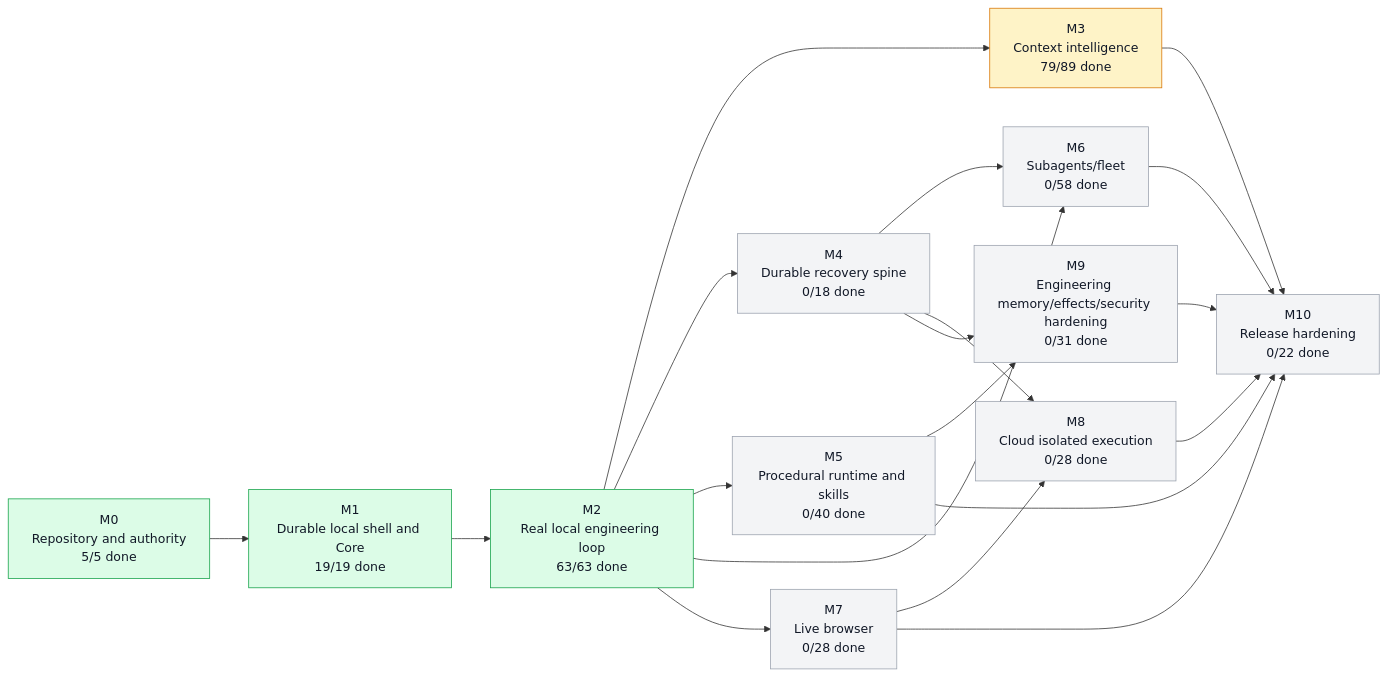
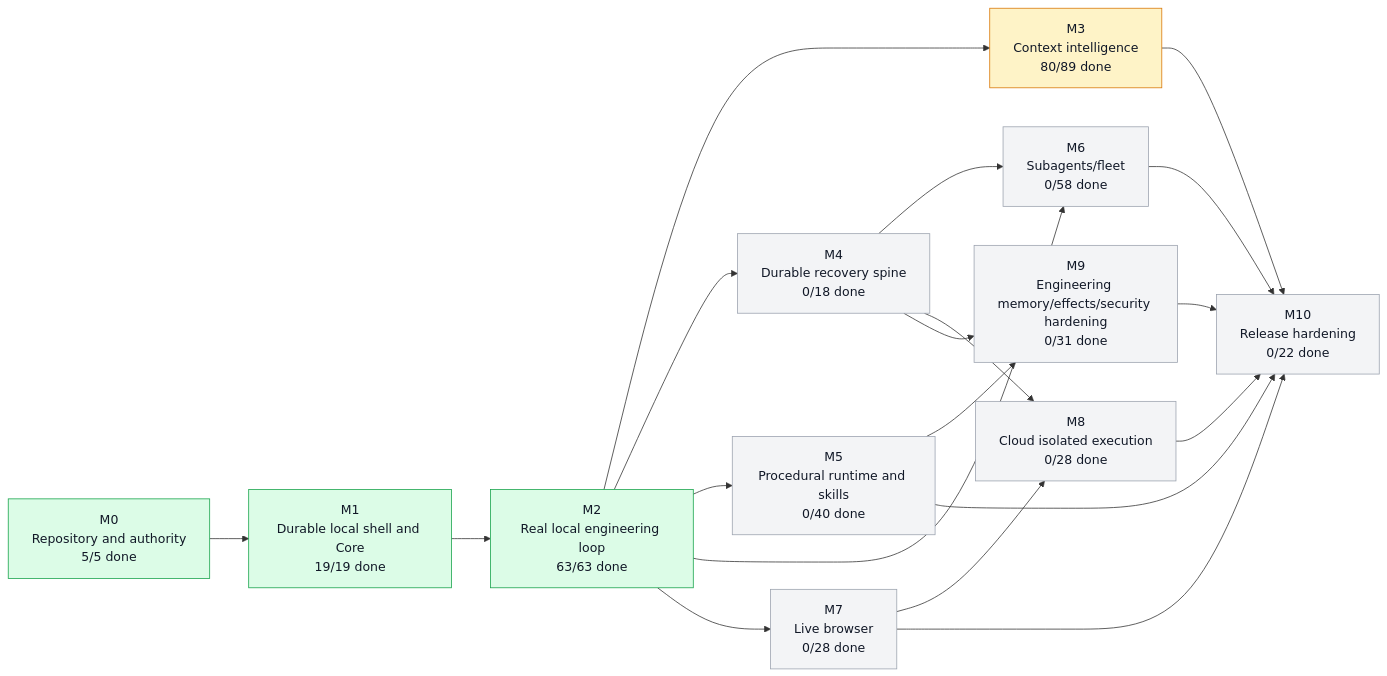
Before and after one commit to moss101/modbit: the first of 5 diagrams in graph/PROJECT_GRAPH.md, drawn with Mermaid. The commit also changed other lines of this file and 28 other files, not shown here.

````diff
--- a/graph/PROJECT_GRAPH.md
+++ b/graph/PROJECT_GRAPH.md
@@ -57,43 +57,43 @@
 ```mermaid
 flowchart LR
   M0["M0<br/>Repository and authority<br/>5/5 done"]
   M1["M1<br/>Durable local shell and Core<br/>19/19 done"]
   M2["M2<br/>Real local engineering loop<br/>63/63 done"]
-  M3["M3<br/>Context intelligence<br/>79/89 done"]
+  M3["M3<br/>Context intelligence<br/>80/89 done"]
   M4["M4<br/>Durable recovery spine<br/>0/18 done"]
   M5["M5<br/>Procedural runtime and skills<br/>0/40 done"]
   M6["M6<br/>Subagents/fleet<br/>0/58 done"]
   M7["M7<br/>Live browser<br/>0/28 done"]
   M8["M8<br/>Cloud isolated execution<br/>0/28 done"]
   M9["M9<br/>Engineering memory/effects/security hardening<br/>0/31 done"]
   M10["M10<br/>Release hardening<br/>0/22 done"]
   M0 --> M1
   M1 --> M2
   M2 --> M3
   M2 --> M4
   M2 --> M5
   M2 --> M6
   M4 --> M6
   M2 --> M7
   M4 --> M8
   M7 --> M8
   M4 --> M9
   M5 --> M9
   M3 --> M10
   M5 --> M10
   M6 --> M10
   M7 --> M10
   M8 --> M10
   M9 --> M10
   style M0 fill:#dcfce7,stroke:#16a34a,color:#111827
   style M1 fill:#dcfce7,stroke:#16a34a,color:#111827
   style M2 fill:#dcfce7,stroke:#16a34a,color:#111827
   style M3 fill:#fef3c7,stroke:#d97706,color:#111827
   style M4 fill:#f3f4f6,stroke:#9ca3af,color:#111827
   style M5 fill:#f3f4f6,stroke:#9ca3af,color:#111827
   style M6 fill:#f3f4f6,stroke:#9ca3af,color:#111827
   style M7 fill:#f3f4f6,stroke:#9ca3af,color:#111827
   style M8 fill:#f3f4f6,stroke:#9ca3af,color:#111827
   style M9 fill:#f3f4f6,stroke:#9ca3af,color:#111827
   style M10 fill:#f3f4f6,stroke:#9ca3af,color:#111827
 ```
````
